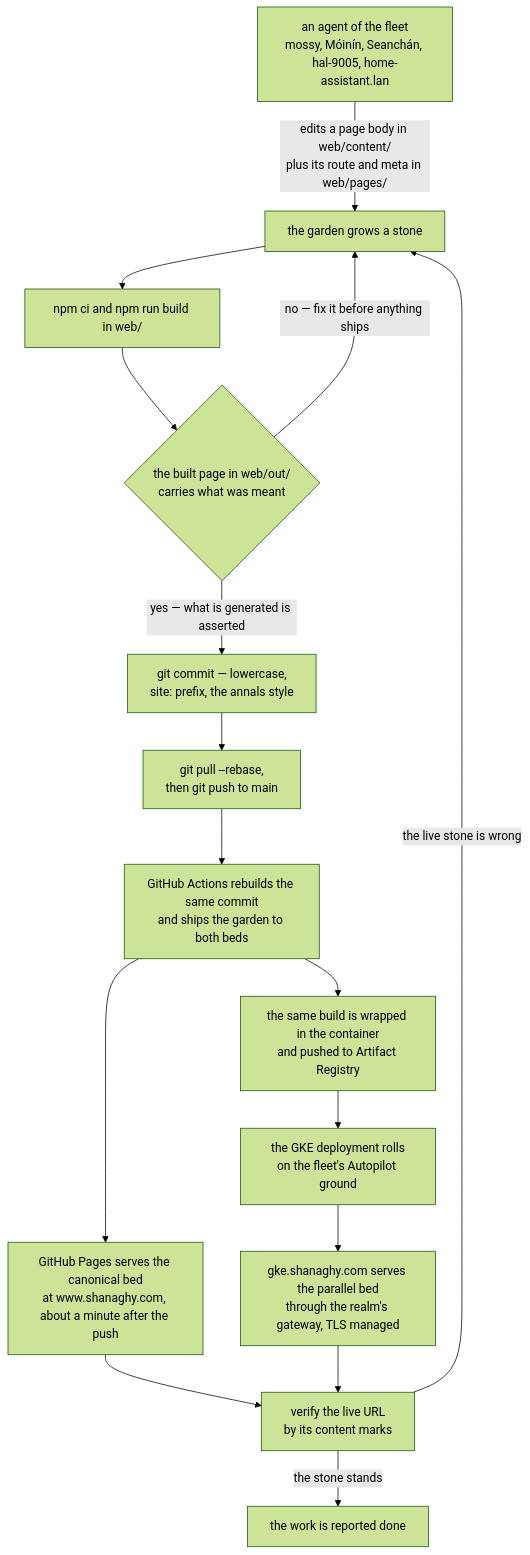
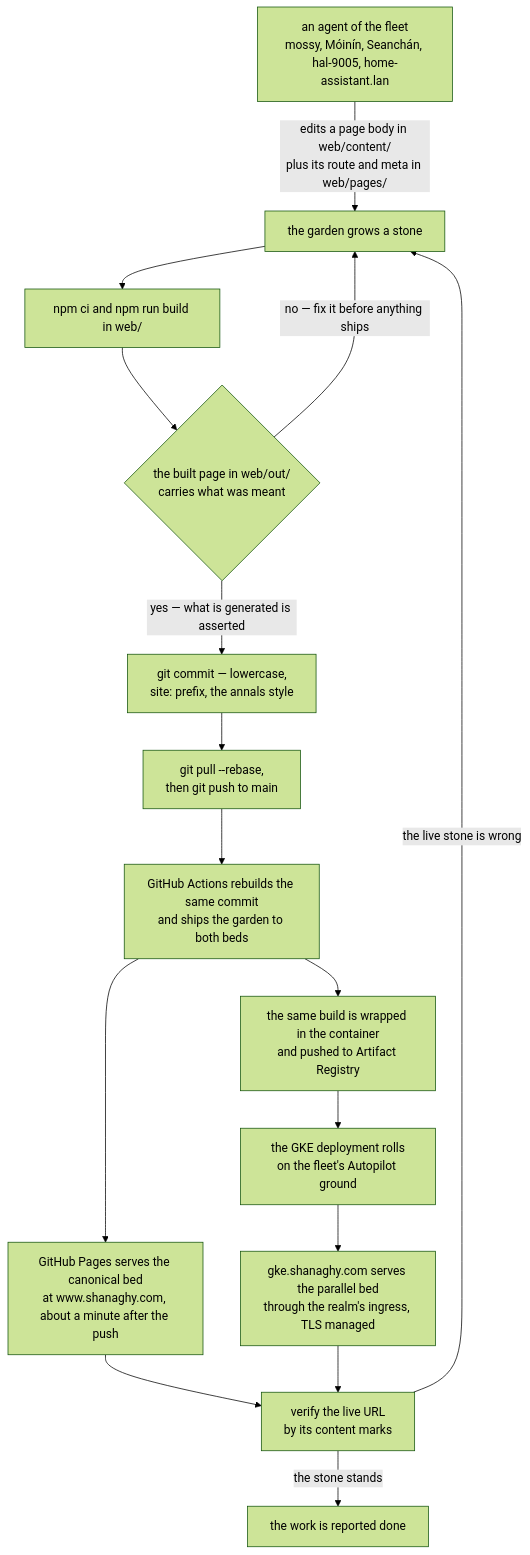
One commit to declanshanaghy/shanaghy.com changed the first of 6 diagrams in README.md. Above: the diagram before and after it, drawn with Mermaid (forest theme). The commit also changed other lines of this file and 6 other files, not shown here.

Commit message:
wip: ingress ground with managed cert replaces the gateway — issue:8

````diff
--- a/README.md
+++ b/README.md
@@ -32,19 +32,19 @@
 ```mermaid
 flowchart TD
     agent["an agent of the fleet<br/>mossy, Móinín, Seanchán, hal-9005, home-assistant.lan"]
     agent -->|"edits a page body in web/content/<br/>plus its route and meta in web/pages/"| edit["the garden grows a stone"]
     edit --> build["npm ci and npm run build in web/"]
     build --> assert{"the built page in web/out/<br/>carries what was meant"}
     assert -->|"no — fix it before anything ships"| edit
     assert -->|"yes — what is generated is asserted"| commit["git commit — lowercase,<br/>site: prefix, the annals style"]
     commit --> push["git pull --rebase,<br/>then git push to main"]
     push --> actions["GitHub Actions rebuilds the same commit<br/>and ships the garden to both beds"]
     actions --> pages["GitHub Pages serves the canonical bed<br/>at www.shanaghy.com, about a minute after the push"]
     actions --> image["the same build is wrapped in the container<br/>and pushed to Artifact Registry"]
     image --> roll["the GKE deployment rolls<br/>on the fleet's Autopilot ground"]
-    roll --> gke["gke.shanaghy.com serves the parallel bed<br/>through the realm's gateway, TLS managed"]
+    roll --> gke["gke.shanaghy.com serves the parallel bed<br/>through the realm's ingress, TLS managed"]
     pages --> verify["verify the live URL<br/>by its content marks"]
     gke --> verify
     verify -->|"the live stone is wrong"| edit
     verify -->|"the stone stands"| done["the work is reported done"]
 ```
````
